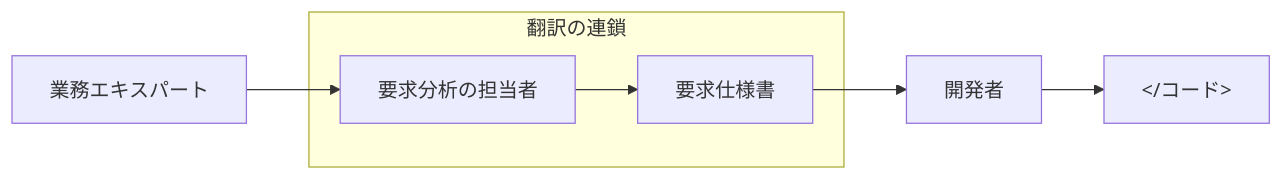
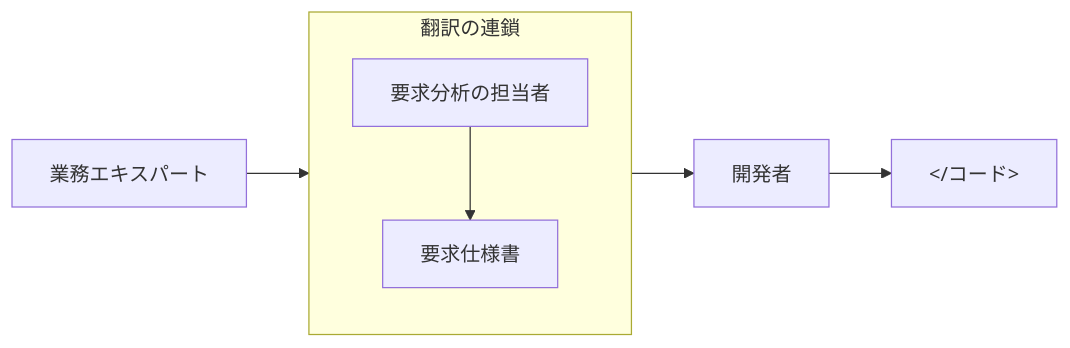
The sixth of 7 diagrams in .claude/skills/mermaid-guide/references/pattern-flowchart.md (daidaiiro-519/has-udd), drawn with Mermaid before and after one commit. The commit also changed other lines of this file and 26 other files, not shown here.

````diff
--- a/.claude/skills/mermaid-guide/references/pattern-flowchart.md
+++ b/.claude/skills/mermaid-guide/references/pattern-flowchart.md
@@ -78,12 +362,13 @@
 ```mermaid
 flowchart LR
     BE[業務エキスパート] --> YA[要求分析の担当者]
     YA --> YS[要求仕様書]
     YS --> KA[開発者]
     KA --> CODE["&lt;/コード&gt;"]
 
     subgraph 翻訳の連鎖
+        direction TB
         YA
         YS
     end
 ```
````
